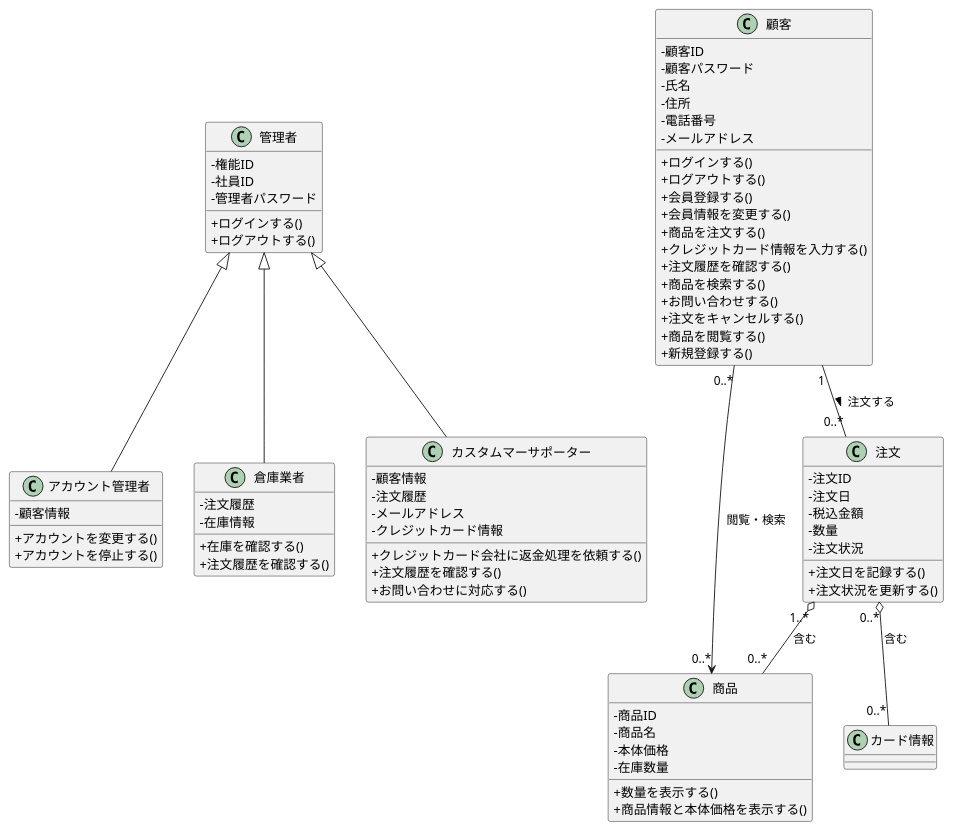
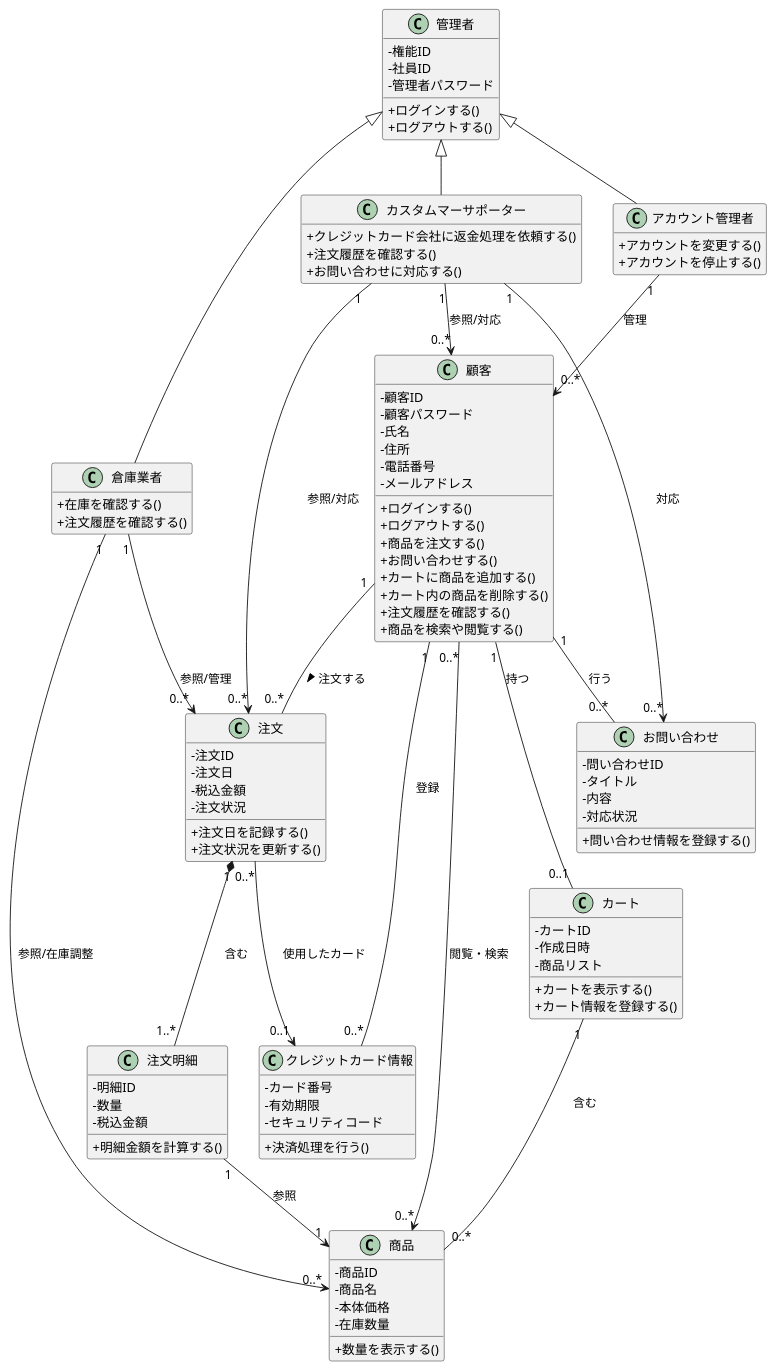
The diagram in group/3-3_総合演習1_BBショップ注文管理システム/クラス図/class copy.pu (ko246/ohara_uml), drawn with PlantUML before and after one commit. The commit also changed 2 other files, not shown here.

Commit message:
ロバストネス図修正

```diff
--- a/group/3-3_総合演習1_BBショップ注文管理システム/クラス図/class copy.pu
+++ b/group/3-3_総合演習1_BBショップ注文管理システム/クラス図/class copy.pu
@@ -1,122 +1,139 @@
 @startuml BBショップシステム_クラス図
 skinparam classAttribute 0
+skinparam classAttributeIconSize 0
+hide empty members
+
+' ====================================================
+' クラス定義
+' ====================================================
+
 class 管理者 {
     -権能ID
     -社員ID
     -管理者パスワード
     +ログインする()
     +ログアウトする()
 }
 
-
-skinparam classAttributeIconSize 0
 class アカウント管理者 {
-    '属性
-    -顧客情報
-
-    '操作
     +アカウントを変更する()
     +アカウントを停止する()
 }
 
-skinparam classAttributeIconSize 0
 class 倉庫業者 {
-    '属性
-    -注文履歴
-    -在庫情報
-
-    '操作
     +在庫を確認する()
     +注文履歴を確認する()
 }
 
-skinparam classAttributeIconSize 0
 class カスタムマーサポーター {
-    '属性
-    -顧客情報
-    -注文履歴
-    -メールアドレス
-    -クレジットカード情報
-
-    '操作
     +クレジットカード会社に返金処理を依頼する()
     +注文履歴を確認する()
     +お問い合わせに対応する()
 }
 
-skinparam classAttributeIconSize 0
 class 顧客 {
-    '属性
     -顧客ID
     -顧客パスワード
     -氏名
     -住所
     -電話番号
     -メールアドレス
-
-    '操作
     +ログインする()
     +ログアウトする()
-    +会員登録する()
-    +会員情報を変更する()
     +商品を注文する()
-    +クレジットカード情報を入力する()
+    +お問い合わせする()
+    +カートに商品を追加する()
+    +カート内の商品を削除する()
     +注文履歴を確認する()
-    +商品を検索する()
-    +お問い合わせする()
-    +注文をキャンセルする()
-    +商品を閲覧する()
-    +新規登録する()
+    +商品を検索や閲覧する()
 }
 
-skinparam classAttributeIconSize 0
 class 商品 {
-    '属性
     -商品ID
     -商品名
     -本体価格
     -在庫数量
-
-    '操作
     +数量を表示する()
-    +商品情報と本体価格を表示する()
 }
 
-skinparam classAttributeIconSize 0
 class 注文 {
-    '属性
     -注文ID
     -注文日
     -税込金額
-    -数量
     -注文状況
-
-    '操作
     +注文日を記録する()
     +注文状況を更新する()
 }
 
+class 注文明細 {
+    -明細ID
+    -数量
+    -税込金額
+    +明細金額を計算する()
+}
+
+class クレジットカード情報 {
+    -カード番号
+    -有効期限
+    -セキュリティコード
+    +決済処理を行う()
+}
+
+class お問い合わせ {
+    -問い合わせID
+    -タイトル
+    -内容
+    -対応状況
+    +問い合わせ情報を登録する()
+}
+
+class カート {
+    -カートID
+    -作成日時
+    -商品リスト
+    +カートを表示する()
+    +カート情報を登録する()
+}
+
+' ====================================================
 ' 関連性の定義
-' **汎化（継承）**には多重度は使用しません
+' ====================================================
+
+' 1. 汎化（継承）
 管理者 <|-- アカウント管理者
 管理者 <|-- 倉庫業者
 管理者 <|-- カスタムマーサポーター
 
-' **関連**と**集約**に多重度 0..* を適用
+' 2. 顧客/Web販売関連
 
-' 1. 顧客と注文
-' 顧客は0件以上の注文をする。注文は必ず1人の顧客に紐づく（必須）ため、**1**と**0..***の組み合わせとします。
+' 顧客と注文
 顧客 "1" -- "0..*" 注文 : 注文する >
+注文 "1" *-- "1..*" 注文明細 : 含む
+注文明細 "1" --> "1" 商品 : 参照
 
-' 2. 注文と商品（集約）
-' 注文は1種類以上の商品を含み（**1..***）、商品は0件以上の注文に含まれる可能性があります（**0..***）。
-注文 "1..*" o-- "0..*" 商品 : 含む
-' 3. 注文とクレジットカード情報（集約）
-' 注文は0件以上のクレジットカード情報を含み（** 0..***）、クレジットカード情報は0件以上の注文に含まれる可能性があります（**0..***）。
-注文 "0..*" o-- "0..*" カード情報 : 含む
+' 顧客とカート
+顧客 "1" -- "0..1" カート : 持つ
+カート "1" -- "0..*" 商品 : 含む 
 
-' 4. 顧客と商品
-' 顧客は0件以上の商品を閲覧・検索し、商品は0人以上の顧客に閲覧される。
+' 顧客と問い合わせ
+顧客 "1" -- "0..*" お問い合わせ : 行う
+
+' 顧客と決済
+顧客 "1" -- "0..*" クレジットカード情報 : 登録
+注文 "0..*" --> "0..1" クレジットカード情報 : 使用したカード
+
+' 顧客と商品（閲覧・検索）
 顧客 "0..*" --> "0..*" 商品 : 閲覧・検索
 
+' 3. 管理者システム関連（管理対象への単方向関連）
+
+アカウント管理者 "1" --> "0..*" 顧客 : 管理
+倉庫業者 "1" --> "0..*" 注文 : 参照/管理
+倉庫業者 "1" --> "0..*" 商品 : 参照/在庫調整
+
+' カスタマーサポーターと管理対象の関連
+カスタムマーサポーター "1" --> "0..*" 顧客 : 参照/対応
+カスタムマーサポーター "1" --> "0..*" 注文 : 参照/対応
+カスタムマーサポーター "1" --> "0..*" お問い合わせ : 対応
+
 @enduml
```
